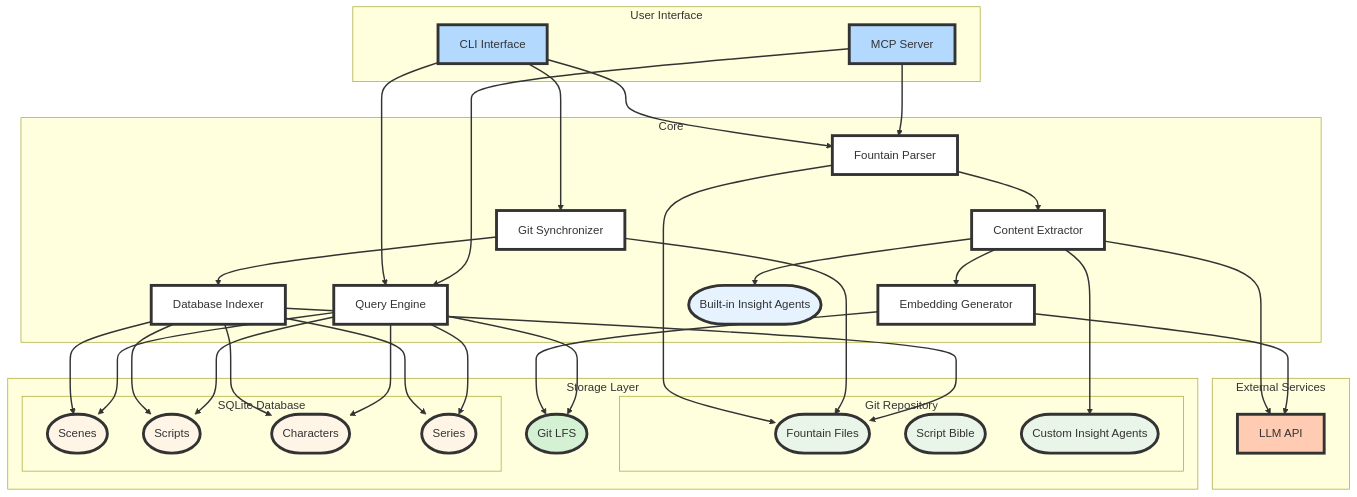
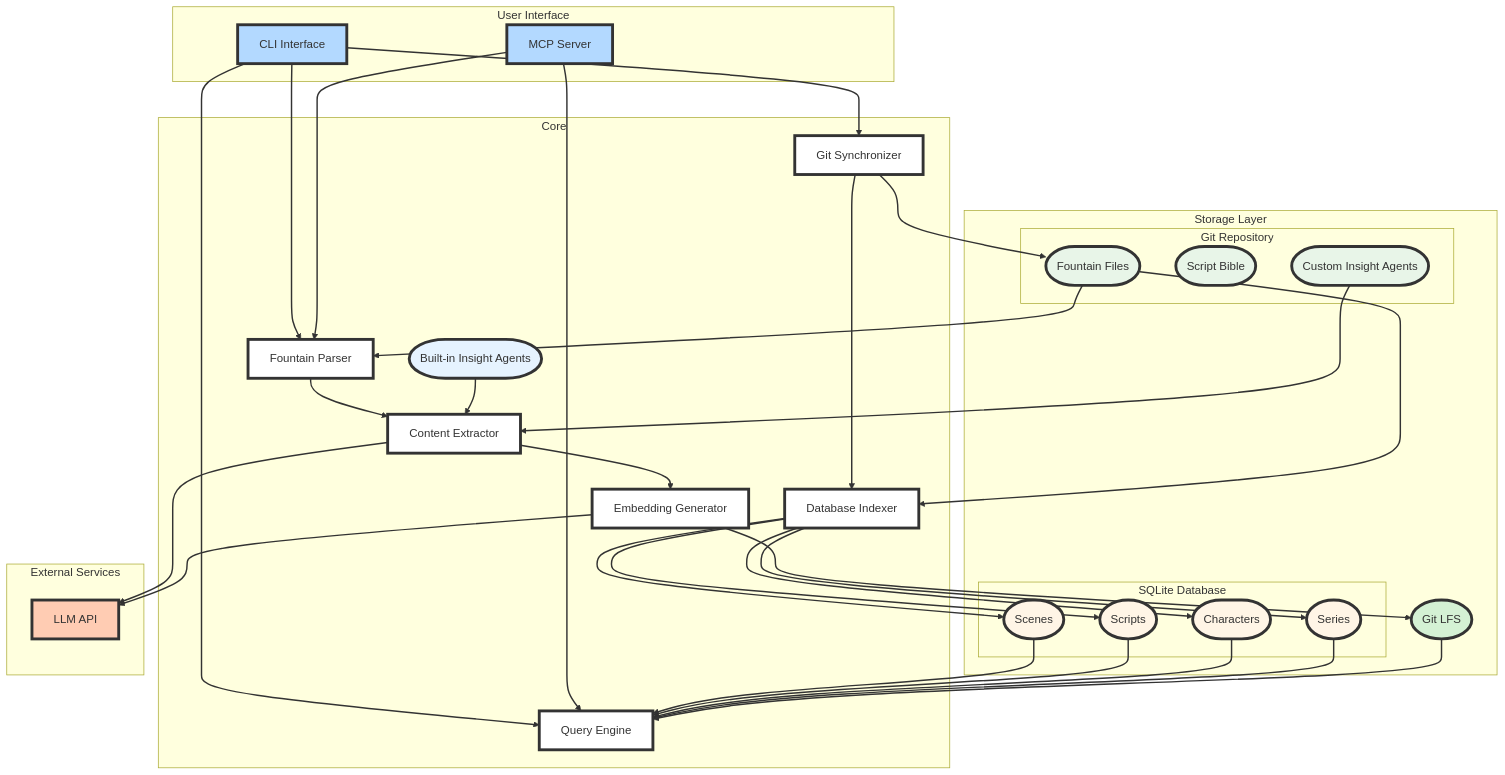
Before and after one commit to trieloff/scriptrag: the first of 4 diagrams in ARCHITECTURE.md, drawn with Mermaid.

Commit message:
docs(architecture): correct direction of arrows in architecture diagram
Reversed the direction of several arrows in the ARCHITECTURE.md graph to accurately represent the data flow and dependencies between components.

```diff
--- a/ARCHITECTURE.md
+++ b/ARCHITECTURE.md
@@ -52,11 +52,11 @@
     MCP --> FP
     MCP --> QE
 
-    FP --> FF
+    FF --> FP
     FP --> CE
     CE --> LLM
-    CE --> BIA
-    CE --> CIA
+    BIA --> CE
+    CIA --> CE
     CE --> EG
     EG --> LLM
     EG --> LFS
@@ -67,13 +67,13 @@
     DI --> Scripts
     DI --> Characters
     DI --> Series
-    DI --> FF
+    FF --> DI
 
-    QE --> Scenes
-    QE --> Scripts
-    QE --> Characters
-    QE --> Series
-    QE --> LFS
+    Scenes --> QE
+    Scripts --> QE
+    Characters --> QE
+    Series --> QE
+    LFS --> QE
 
     %% Actor styling (rectangular boxes)
     style CLI fill:#b3d9ff,stroke:#333,stroke-width:4px
```
